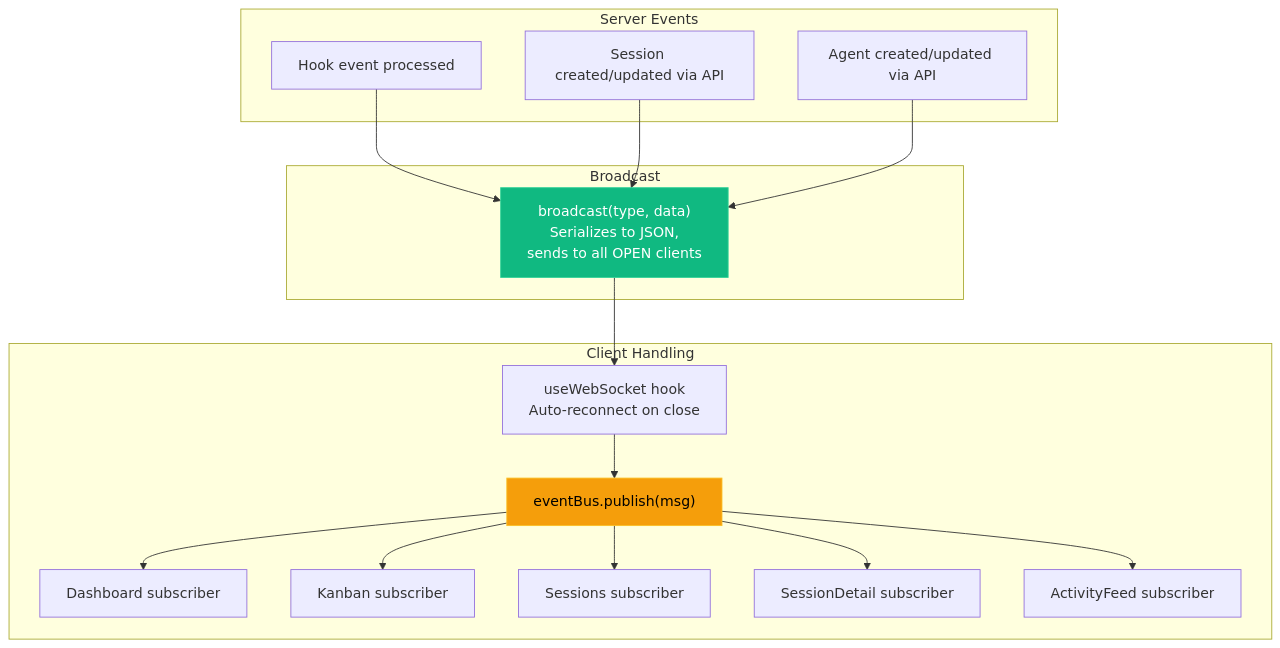
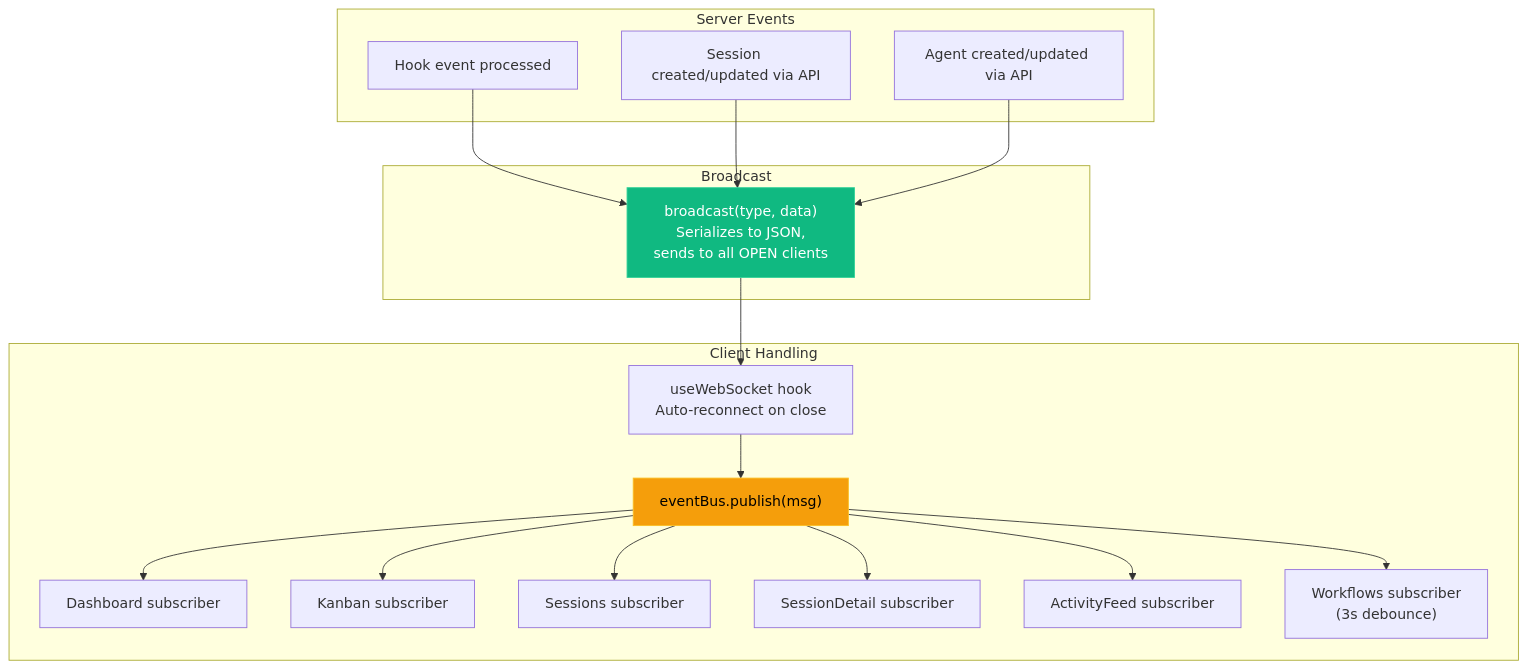
Diagram 12 of 27 in ARCHITECTURE.md (StrainReviews/Claude-Code-Agent-Monitor), drawn with Mermaid before and after one commit. The commit also changed other lines of this file and 29 other files, not shown here.

````diff
--- a/ARCHITECTURE.md
+++ b/ARCHITECTURE.md
@@ -553,30 +611,31 @@
 ```mermaid
 graph TD
     subgraph "Server Events"
         A[Hook event processed]
         B[Session created/updated via API]
         C[Agent created/updated via API]
     end
 
     subgraph "Broadcast"
         BC["broadcast(type, data)<br/>Serializes to JSON,<br/>sends to all OPEN clients"]
     end
 
     subgraph "Client Handling"
         WS["useWebSocket hook<br/>Auto-reconnect on close"]
         EB["eventBus.publish(msg)"]
         SUB1["Dashboard subscriber"]
         SUB2["Kanban subscriber"]
         SUB3["Sessions subscriber"]
         SUB4["SessionDetail subscriber"]
         SUB5["ActivityFeed subscriber"]
+        SUB6["Workflows subscriber<br/>(3s debounce)"]
     end
 
     A & B & C --> BC
     BC --> WS
     WS --> EB
-    EB --> SUB1 & SUB2 & SUB3 & SUB4 & SUB5
+    EB --> SUB1 & SUB2 & SUB3 & SUB4 & SUB5 & SUB6
 
     style BC fill:#10b981,stroke:#34d399,color:#fff
     style EB fill:#f59e0b,stroke:#fbbf24,color:#000
 ```
````
